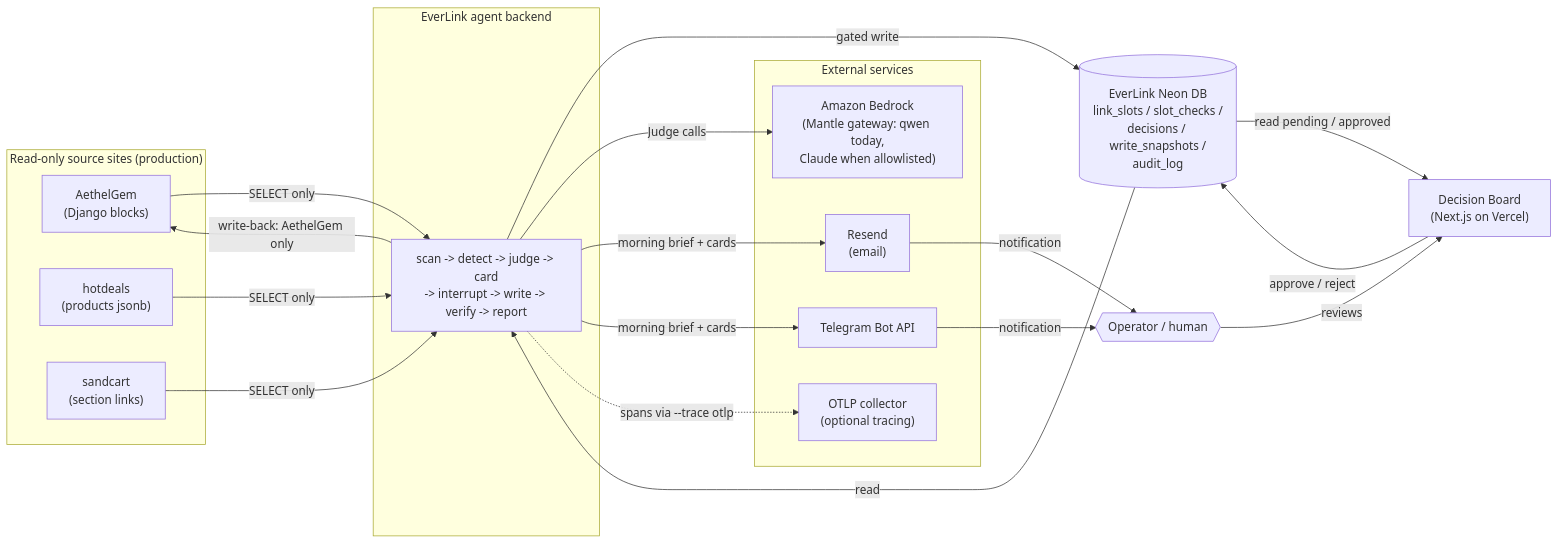
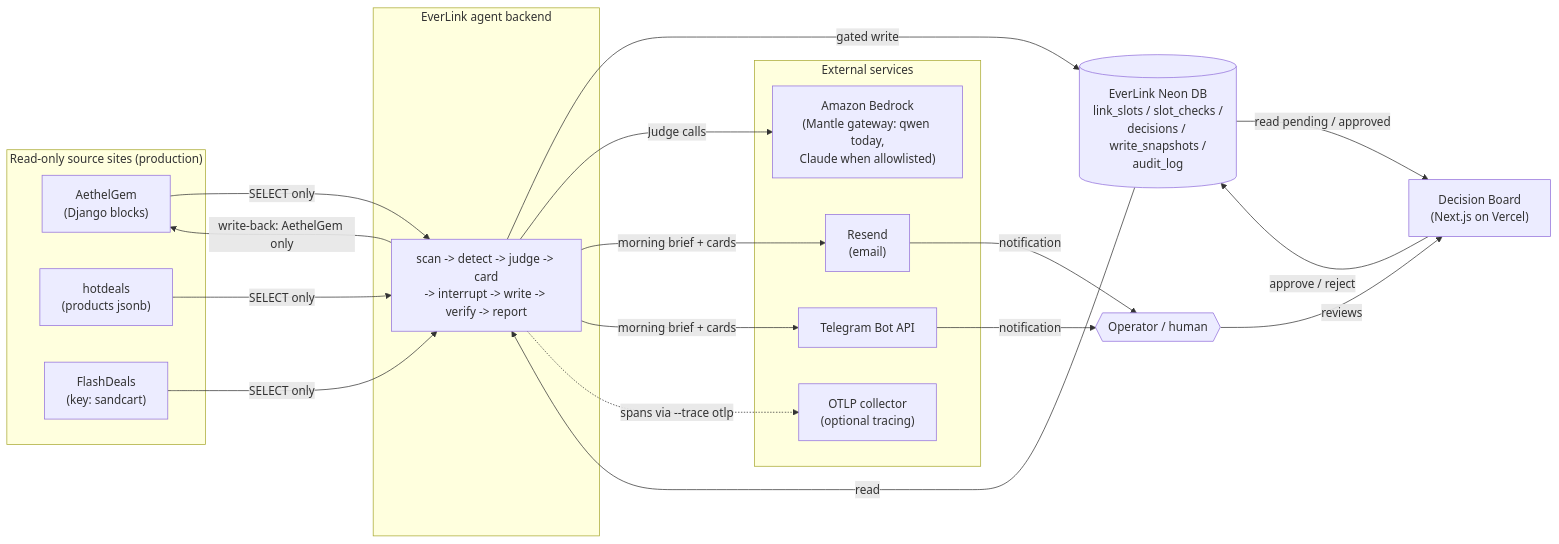
One commit to tomyuya/everlink changed the first of 6 diagrams in ARCHITECTURE.md. Above: the diagram before and after it, drawn with Mermaid. The commit also changed other lines of this file and 8 other files, not shown here.

First line of the commit message:
docs: open the board fully, align write-back wording, surface FlashDeals naming

````diff
--- a/ARCHITECTURE.md
+++ b/ARCHITECTURE.md
@@ -18,35 +18,35 @@
 ```mermaid
 flowchart LR
     subgraph SRC["Read-only source sites (production)"]
         AG["AethelGem<br/>(Django blocks)"]
         HD["hotdeals<br/>(products jsonb)"]
-        SC["sandcart<br/>(section links)"]
+        SC["FlashDeals<br/>(key: sandcart)"]
     end
 
     subgraph EL["EverLink agent backend"]
         CORE["scan -> detect -> judge -> card<br/>-> interrupt -> write -> verify -> report"]
     end
 
     subgraph EXT["External services"]
         BR["Amazon Bedrock<br/>(Mantle gateway: qwen today,<br/>Claude when allowlisted)"]
         RS["Resend<br/>(email)"]
         TG["Telegram Bot API"]
         OT["OTLP collector<br/>(optional tracing)"]
     end
 
     DB[("EverLink Neon DB<br/>link_slots / slot_checks /<br/>decisions / write_snapshots /<br/>audit_log")]
     BOARD["Decision Board<br/>(Next.js on Vercel)"]
     OP{{"Operator / human"}}
 
     AG & HD & SC -- "SELECT only" --> CORE
     DB -- "read" --> CORE
     CORE -- "gated write" --> DB
     CORE -- "Judge calls" --> BR
     CORE -- "morning brief + cards" --> RS & TG
     CORE -. "spans via --trace otlp" .-> OT
     DB -- "read pending / approved" --> BOARD
     BOARD -- "approve / reject" --> DB
     OP -- "reviews" --> BOARD
     RS & TG -- "notification" --> OP
     CORE -- "write-back: AethelGem only" --> AG
 ```
````
